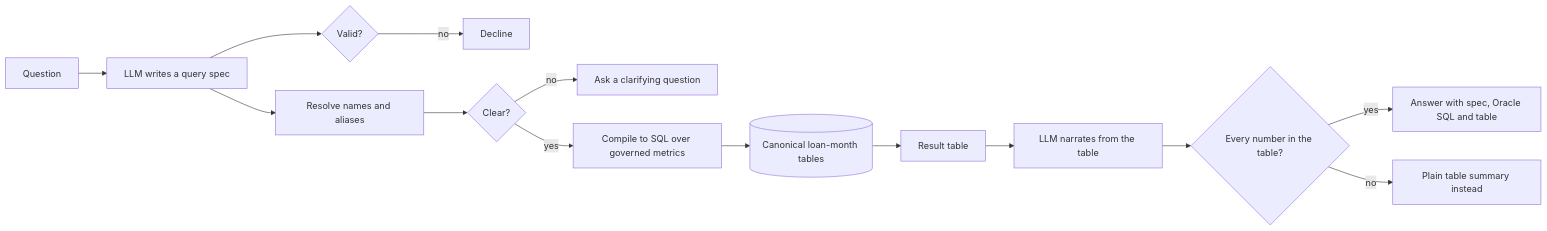
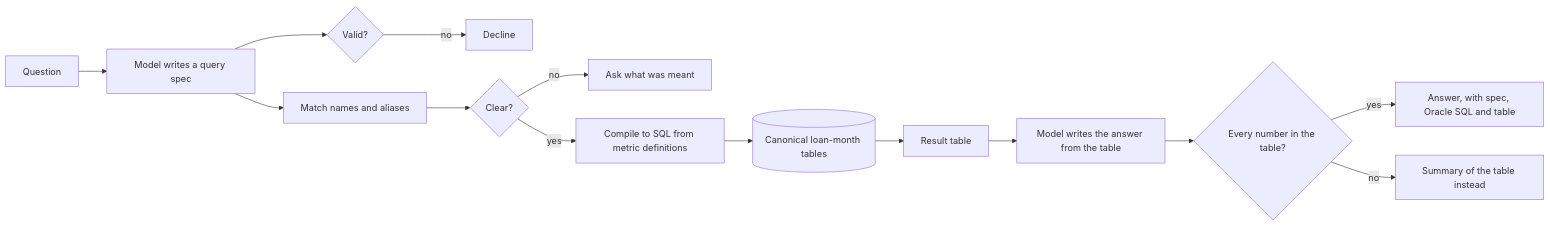
One commit to uty101/RMBS-Natural-Language-Query changed the diagram in README.md. Above: the diagram before and after it, drawn with Mermaid. The commit also changed other lines of this file and 18 other files, not shown here.

````diff
--- a/README.md
+++ b/README.md
@@ -38,16 +38,16 @@
 ```mermaid
 flowchart LR
-  Q[Question] --> S[LLM writes a query spec]
+  Q[Question] --> S[Model writes a query spec]
   S --> V{Valid?}
   V -- no --> X[Decline]
-  S --> R[Resolve names and aliases]
+  S --> R[Match names and aliases]
   R --> C{Clear?}
-  C -- no --> K[Ask a clarifying question]
-  C -- yes --> P[Compile to SQL over governed metrics]
+  C -- no --> K[Ask what was meant]
+  C -- yes --> P[Compile to SQL from metric definitions]
   P --> D[(Canonical loan-month tables)]
   D --> T[Result table]
-  T --> N[LLM narrates from the table]
+  T --> N[Model writes the answer from the table]
   N --> G{Every number in the table?}
-  G -- yes --> A[Answer with spec, Oracle SQL and table]
-  G -- no --> F[Plain table summary instead]
+  G -- yes --> A[Answer, with spec, Oracle SQL and table]
+  G -- no --> F[Summary of the table instead]
 ```
````
